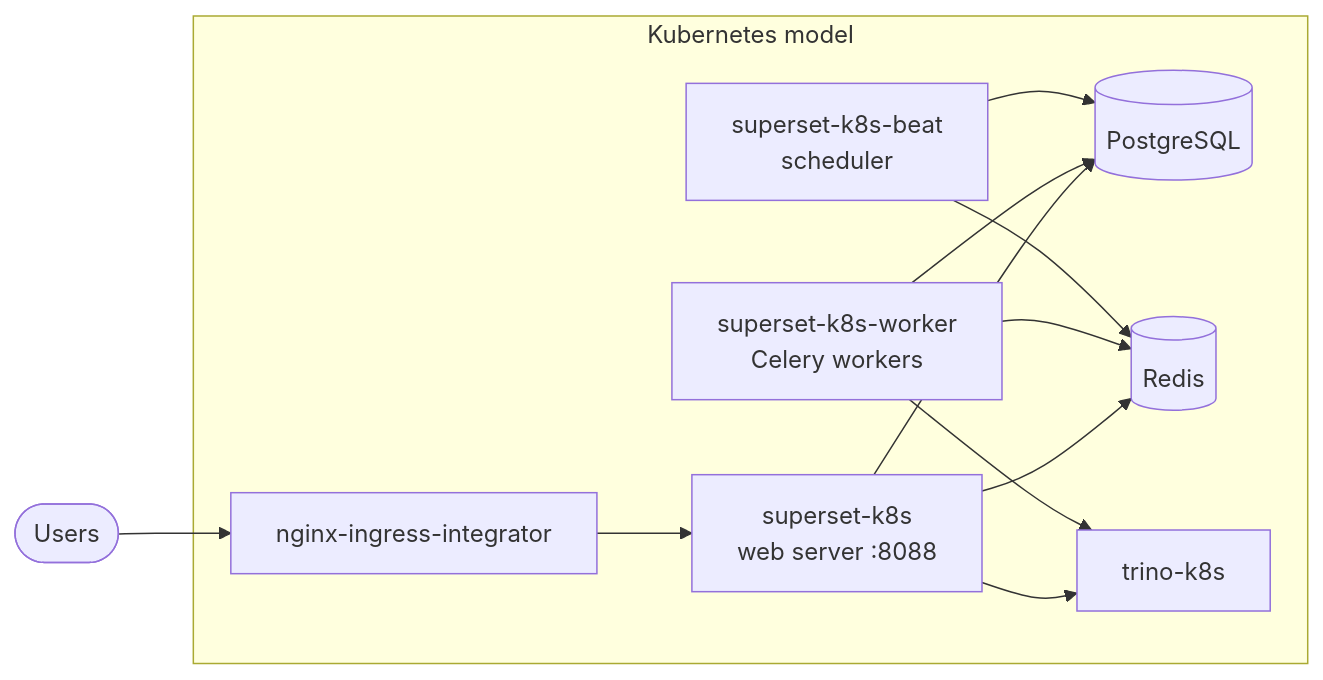
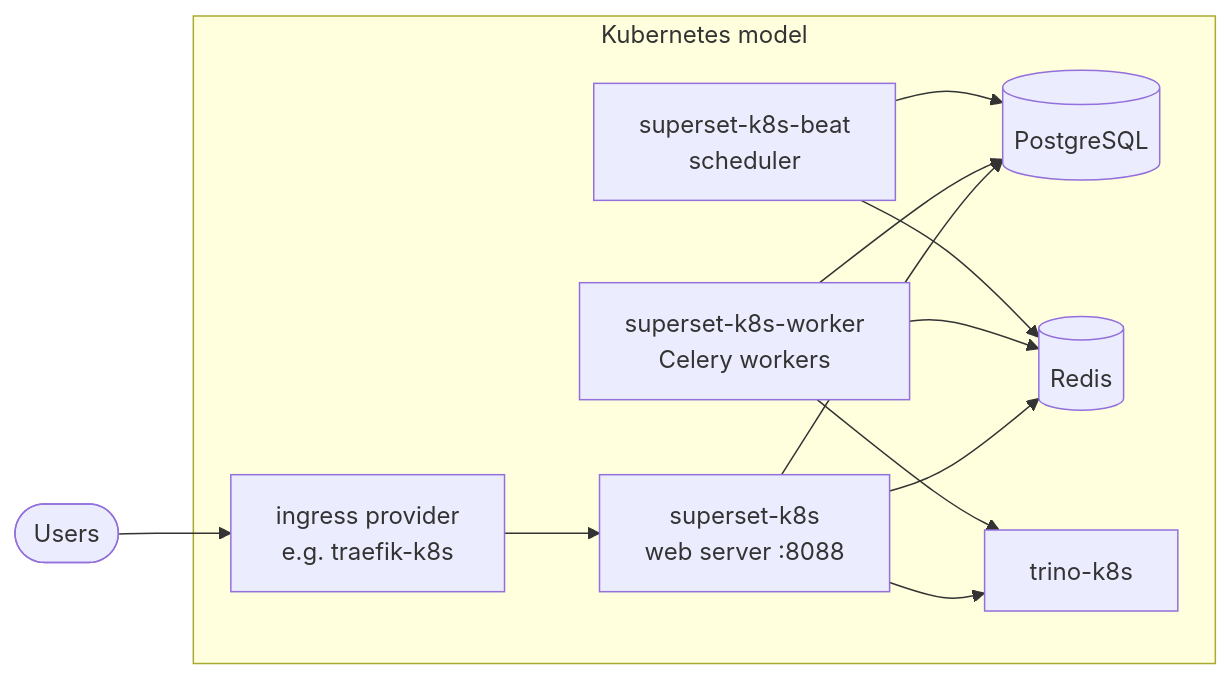
One commit to canonical/canonical-data-mesh-docs changed the diagram in docs/explanation/superset/architecture.md. Above: the diagram before and after it, drawn with Mermaid. The commit also changed other lines of this file and 18 other files, not shown here.

````diff
--- a/docs/explanation/superset/architecture.md
+++ b/docs/explanation/superset/architecture.md
@@ -19,21 +19,21 @@
 ```mermaid
 graph LR
     subgraph k8s [Kubernetes model]
-        ING[nginx-ingress-integrator]
+        ING[ingress provider<br/>e.g. traefik-k8s]
         UI[superset-k8s<br/>web server :8088]
         W[superset-k8s-worker<br/>Celery workers]
         B[superset-k8s-beat<br/>scheduler]
         PG[(PostgreSQL)]
         R[(Redis)]
         T[trino-k8s]
     end
     USER([Users]) --> ING --> UI
     UI --> PG
     W --> PG
     B --> PG
     UI --> R
     W --> R
     B --> R
     UI --> T
     W --> T
 ```
````
